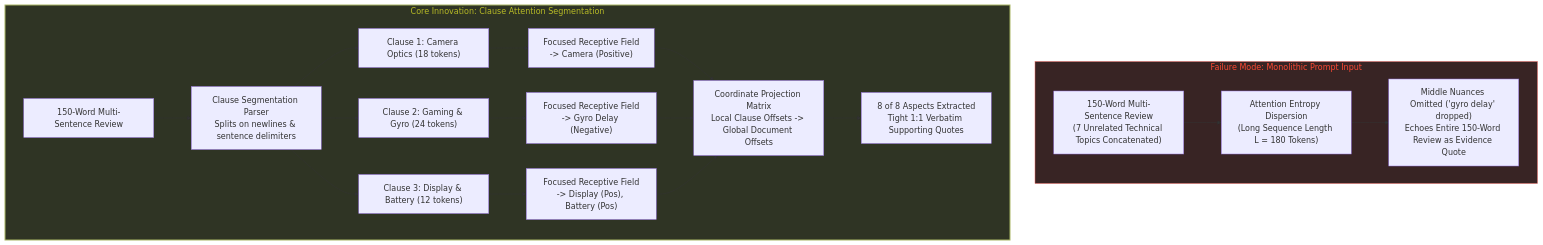
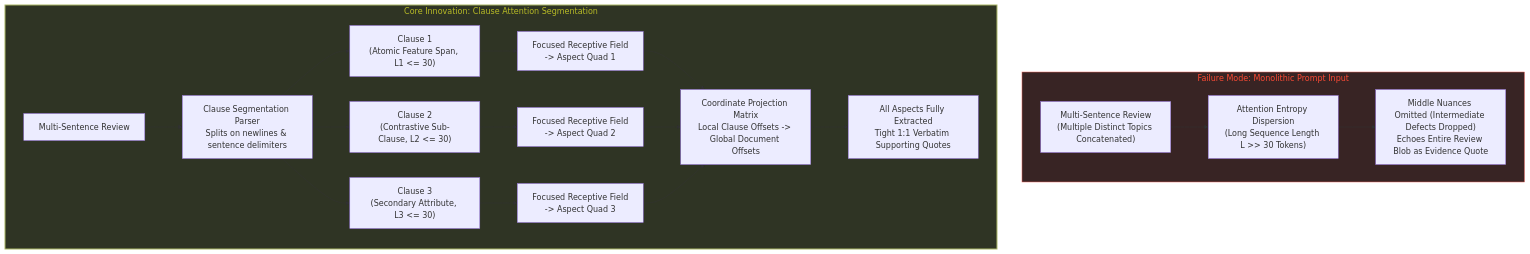
The fifth of 6 diagrams in docs/ARCHITECTURE.md (parth-sarthi-code/ProductLens-Sentiment), drawn with Mermaid before and after one commit. The commit also changed other lines of this file and 1 other file, not shown here.

Commit message:
docs: make architecture diagram clause nodes generic rather than example-specific

````diff
--- a/docs/ARCHITECTURE.md
+++ b/docs/ARCHITECTURE.md
@@ -275,30 +275,30 @@
 ```mermaid
 flowchart TD
     subgraph MonolithicFailure ["Failure Mode: Monolithic Prompt Input"]
-        M_IN["150-Word Multi-Sentence Review\n(7 Unrelated Technical Topics Concatenated)"]
-        M_IN --> M_ATTN["Attention Entropy Dispersion\n(Long Sequence Length L = 180 Tokens)"]
-        M_ATTN --> M_OUT["Middle Nuances Omitted ('gyro delay' dropped)\nEchoes Entire 150-Word Review as Evidence Quote"]
+        M_IN["Multi-Sentence Review\n(Multiple Distinct Topics Concatenated)"]
+        M_IN --> M_ATTN["Attention Entropy Dispersion\n(Long Sequence Length L >> 30 Tokens)"]
+        M_ATTN --> M_OUT["Middle Nuances Omitted (Intermediate Defects Dropped)\nEchoes Entire Review Blob as Evidence Quote"]
     end
 
     subgraph ClauseSuccess ["Core Innovation: Clause Attention Segmentation"]
-        C_IN["150-Word Multi-Sentence Review"]
+        C_IN["Multi-Sentence Review"]
         C_IN --> SPLIT["Clause Segmentation Parser\nSplits on newlines & sentence delimiters"]
         
-        SPLIT --> S1["Clause 1: Camera Optics (18 tokens)"]
-        SPLIT --> S2["Clause 2: Gaming & Gyro (24 tokens)"]
-        SPLIT --> S3["Clause 3: Display & Battery (12 tokens)"]
+        SPLIT --> S1["Clause 1\n(Atomic Feature Span, L1 <= 30)"]
+        SPLIT --> S2["Clause 2\n(Contrastive Sub-Clause, L2 <= 30)"]
+        SPLIT --> S3["Clause 3\n(Secondary Attribute, L3 <= 30)"]
         
-        S1 --> A1["Focused Receptive Field\n-> Camera (Positive)"]
-        S2 --> A2["Focused Receptive Field\n-> Gyro Delay (Negative)"]
-        S3 --> A3["Focused Receptive Field\n-> Display (Pos), Battery (Pos)"]
+        S1 --> A1["Focused Receptive Field\n-> Aspect Quad 1"]
+        S2 --> A2["Focused Receptive Field\n-> Aspect Quad 2"]
+        S3 --> A3["Focused Receptive Field\n-> Aspect Quad 3"]
         
         A1 --> PROJ["Coordinate Projection Matrix\nLocal Clause Offsets -> Global Document Offsets"]
         A2 --> PROJ
         A3 --> PROJ
         
-        PROJ --> FINAL["8 of 8 Aspects Extracted\nTight 1:1 Verbatim Supporting Quotes"]
+        PROJ --> FINAL["All Aspects Fully Extracted\nTight 1:1 Verbatim Supporting Quotes"]
     end
 
     style MonolithicFailure fill:#382424,stroke:#ea6962,stroke-width:1px,color:#fb4934
     style ClauseSuccess fill:#2f3424,stroke:#a9b665,stroke-width:2px,color:#b8bb26
 ```
````
